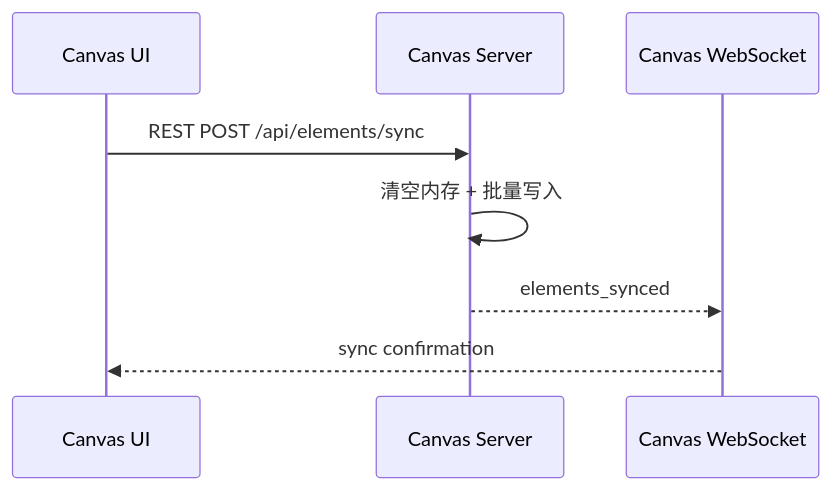
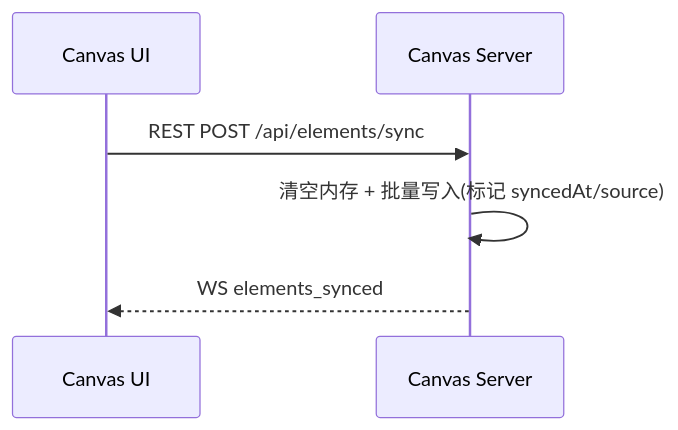
One commit to jimorsm/obsidian-mcp-bridge-demo changed the third of 10 diagrams in README.md. Above: the diagram before and after it, drawn with Mermaid. The commit also changed other lines of this file and 2 other files, not shown here.

Commit message:
Refine bridge demo flows and API

````diff
--- a/README.md
+++ b/README.md
@@ -164,11 +59,9 @@
 ```mermaid
 sequenceDiagram
   participant UI as Canvas UI
   participant Canvas as Canvas Server
-  participant WS as Canvas WebSocket
 
   UI->>Canvas: REST POST /api/elements/sync
-  Canvas->>Canvas: 清空内存 + 批量写入
-  Canvas-->>WS: elements_synced
-  WS-->>UI: sync confirmation
+  Canvas->>Canvas: 清空内存 + 批量写入(标记 syncedAt/source)
+  Canvas-->>UI: WS elements_synced
 ```
````
